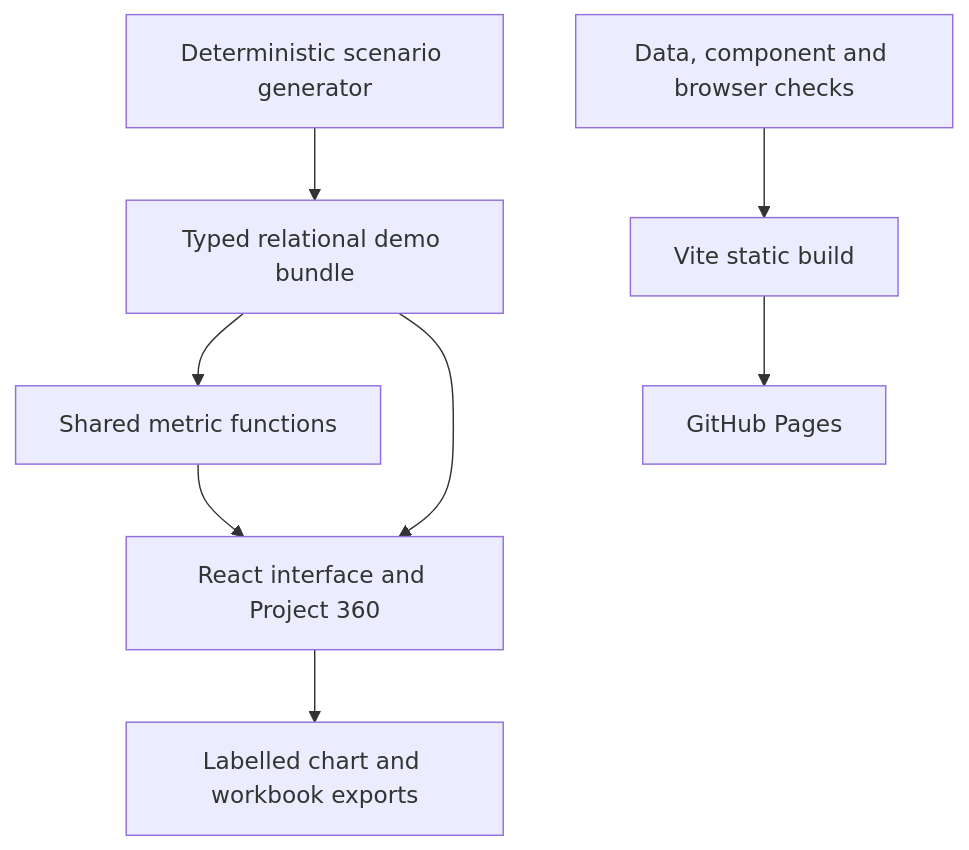
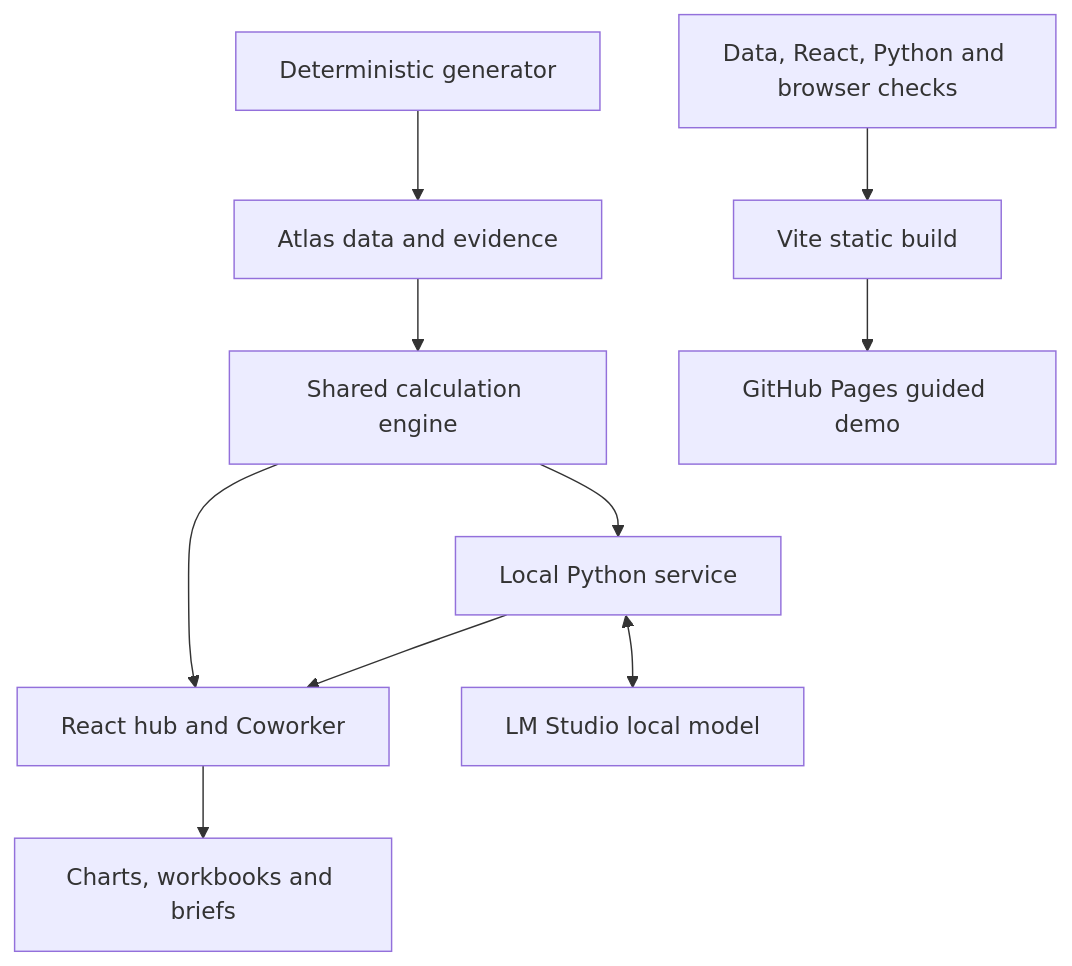
The diagram in README.md (Infanatoca17/business-intelligence-hub), drawn with Mermaid before and after one commit. The commit also changed other lines of this file and 38 other files, not shown here.

Commit message:
Update Business Intelligence Hub with Coworker v1.1.1

````diff
--- a/README.md
+++ b/README.md
@@ -50,10 +86,12 @@
 ```mermaid
 flowchart TB
-    G["Deterministic scenario generator"] --> D["Typed relational demo bundle"]
-    D --> M["Shared metric functions"]
-    D --> U["React interface and Project 360"]
-    M --> U
-    U --> E["Labelled chart and workbook exports"]
-    V["Data, component and browser checks"] --> B["Vite static build"]
-    B --> P["GitHub Pages"]
+    G["Deterministic generator"] --> D["Atlas data and evidence"]
+    D --> M["Shared calculation engine"]
+    M --> U["React hub and Coworker"]
+    U --> E["Charts, workbooks and briefs"]
+    M --> S["Local Python service"]
+    S <--> L["LM Studio local model"]
+    S --> U
+    V["Data, React, Python and browser checks"] --> B["Vite static build"]
+    B --> P["GitHub Pages guided demo"]
 ```
````
